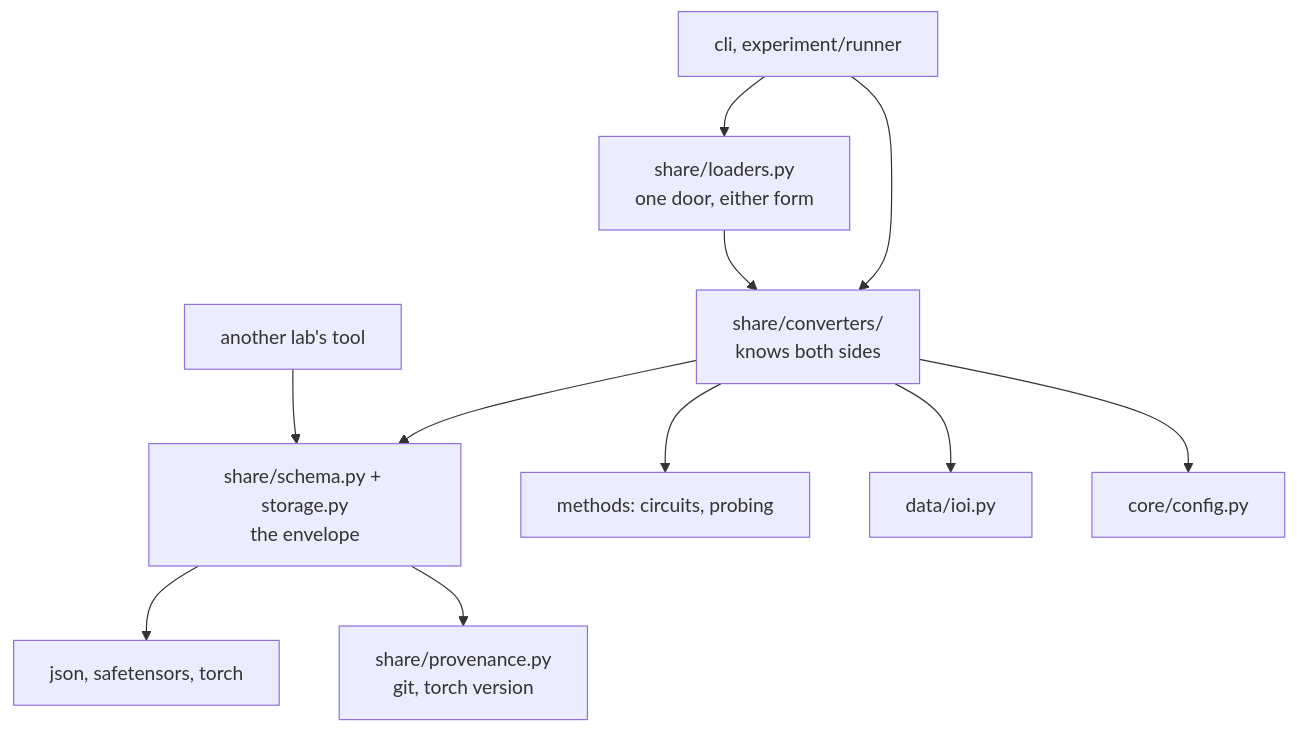
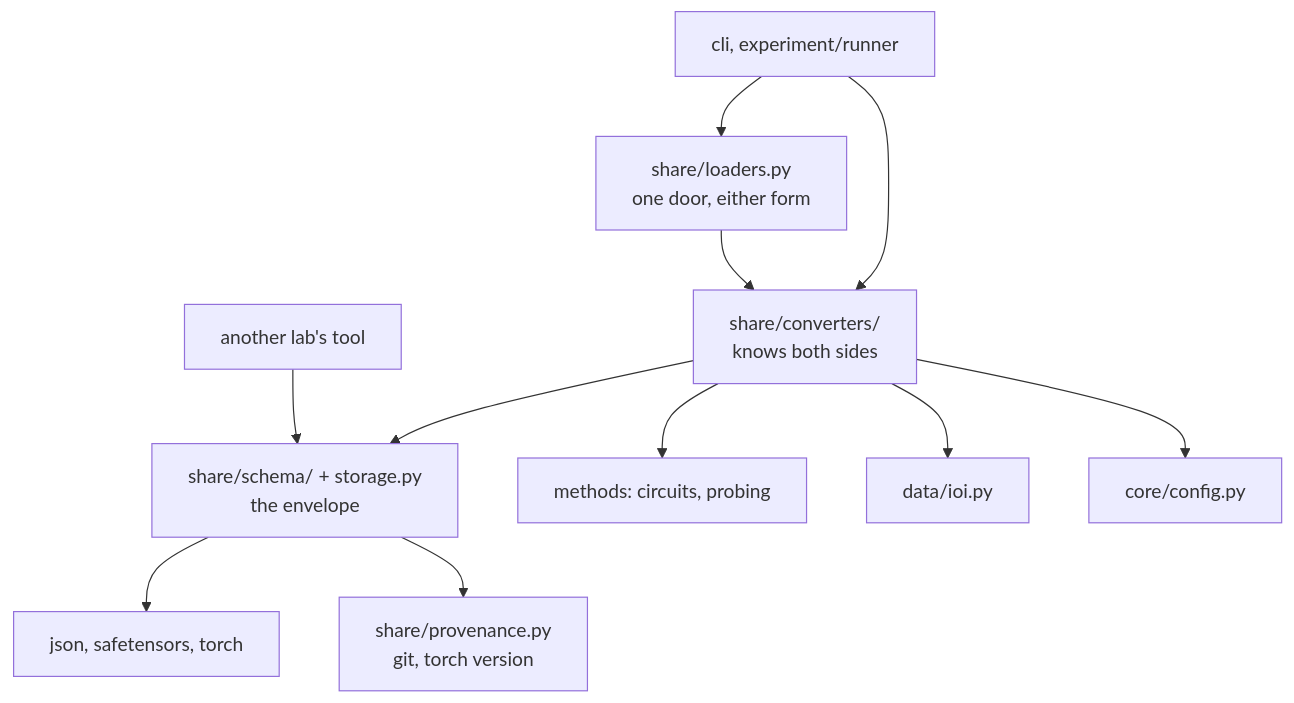
Before and after one commit to lgemc/mi-lab: the second of 2 diagrams in docs/sharing/README.md, drawn with Mermaid. The commit also changed other lines of this file and 25 other files, not shown here.

````diff
--- a/docs/sharing/README.md
+++ b/docs/sharing/README.md
@@ -76,14 +76,14 @@
 ```mermaid
 flowchart TD
     CLI["cli, experiment/runner"] --> LOAD
     CLI --> CONV
     LOAD["share/loaders.py<br/>one door, either form"] --> CONV
     CONV["share/converters/<br/>knows both sides"] --> ART
     CONV --> METH["methods: circuits, probing"]
     CONV --> DATA["data/ioi.py"]
     CONV --> CORE["core/config.py"]
-    ART["share/schema.py + storage.py<br/>the envelope"] --> STD["json, safetensors, torch"]
+    ART["share/schema/ + storage.py<br/>the envelope"] --> STD["json, safetensors, torch"]
     ART --> PROV["share/provenance.py<br/>git, torch version"]
 
     READER["another lab's tool"] --> ART
 ```
````
